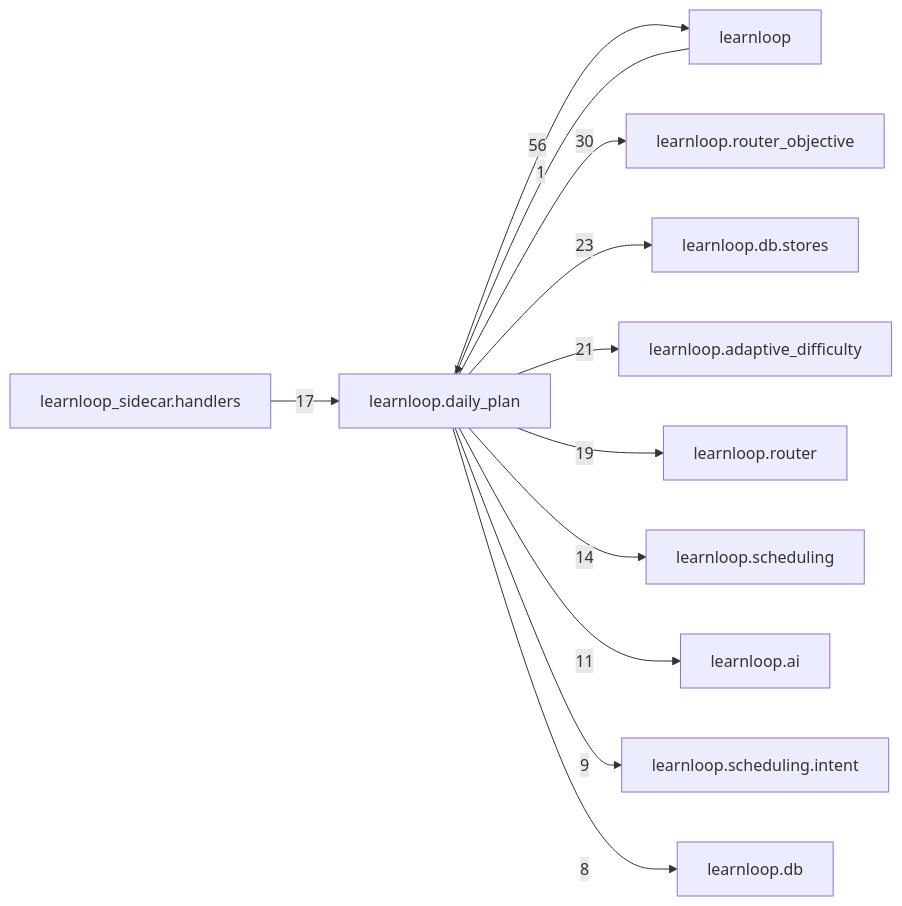
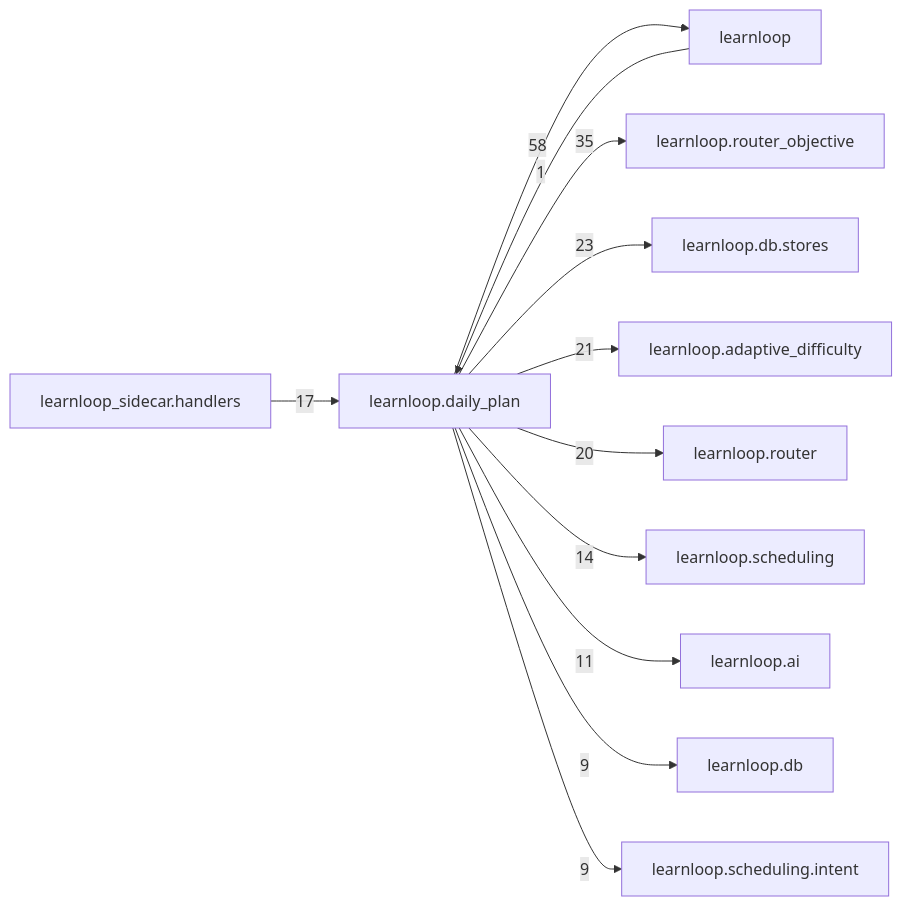
The diagram in docs/learnloop-architecture-vault/Reference/Modules/learnloop/daily_plan/_package.md (6up-b/learnanything), drawn with Mermaid before and after one commit. The commit also changed other lines of this file and 24 other files, not shown here.

````diff
--- a/docs/learnloop-architecture-vault/Reference/Modules/learnloop/daily_plan/_package.md
+++ b/docs/learnloop-architecture-vault/Reference/Modules/learnloop/daily_plan/_package.md
@@ -164,25 +168,25 @@
 ```mermaid
 flowchart LR
     center["learnloop.daily_plan"]
     n_learnloop["learnloop"]
     n_learnloop_router_objective["learnloop.router_objective"]
     n_learnloop_db_stores["learnloop.db.stores"]
     n_learnloop_adaptive_difficulty["learnloop.adaptive_difficulty"]
     n_learnloop_router["learnloop.router"]
     n_learnloop_sidecar_handlers["learnloop_sidecar.handlers"]
     n_learnloop_scheduling["learnloop.scheduling"]
     n_learnloop_ai["learnloop.ai"]
+    n_learnloop_db["learnloop.db"]
     n_learnloop_scheduling_intent["learnloop.scheduling.intent"]
-    n_learnloop_db["learnloop.db"]
     n_learnloop -->|1| center
-    center -->|56| n_learnloop
-    center -->|30| n_learnloop_router_objective
+    center -->|58| n_learnloop
+    center -->|35| n_learnloop_router_objective
     center -->|23| n_learnloop_db_stores
     center -->|21| n_learnloop_adaptive_difficulty
-    center -->|19| n_learnloop_router
+    center -->|20| n_learnloop_router
     n_learnloop_sidecar_handlers -->|17| center
     center -->|14| n_learnloop_scheduling
     center -->|11| n_learnloop_ai
+    center -->|9| n_learnloop_db
     center -->|9| n_learnloop_scheduling_intent
-    center -->|8| n_learnloop_db
 ```
````
